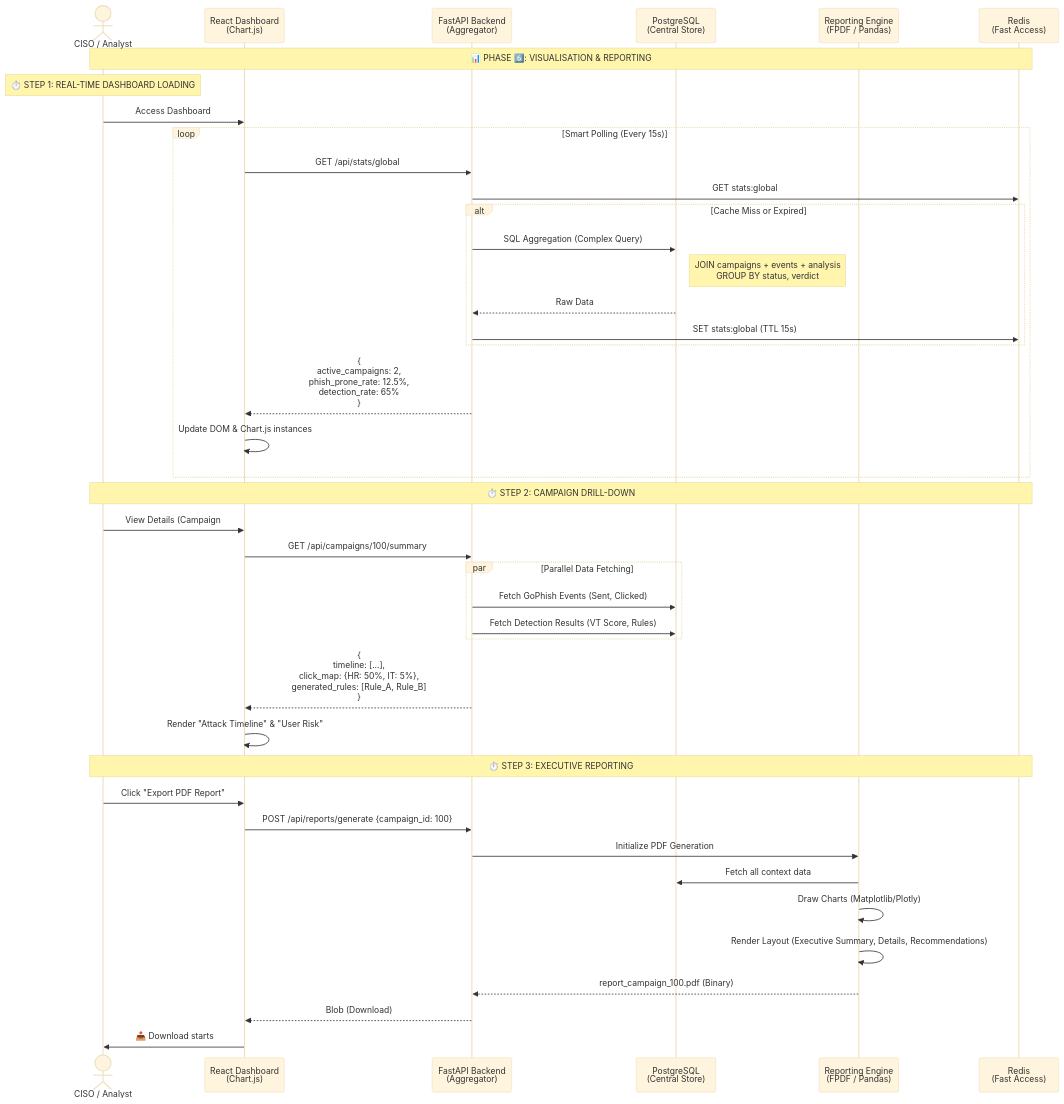
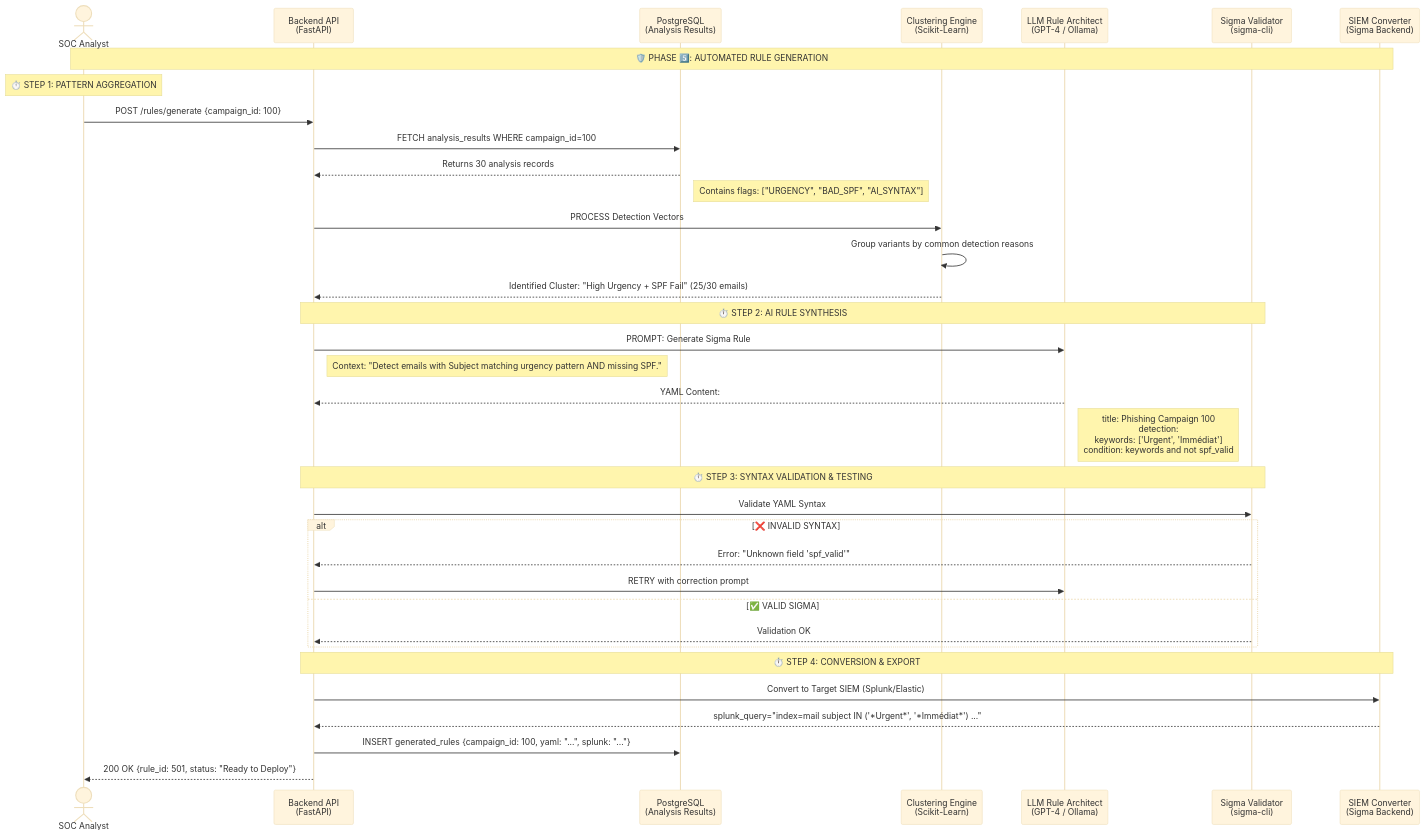
Before and after one commit to Mouad033/PhishTrek: the diagram in docs/readme/05_automated_sigma_rule_generation.md, drawn with Mermaid (base theme). The commit also changed other lines of this file and 1 other file, not shown here.

````diff
--- a/docs/readme/05_automated_sigma_rule_generation.md
+++ b/docs/readme/05_automated_sigma_rule_generation.md
@@ -7,61 +7,52 @@
 ```mermaid
 sequenceDiagram
-    actor CISO as CISO / Analyst
-    participant Frontend as React Dashboard<br/>(Chart.js)
-    participant API as FastAPI Backend<br/>(Aggregator)
-    participant DB as PostgreSQL<br/>(Central Store)
-    participant ReportEng as Reporting Engine<br/>(FPDF / Pandas)
-    participant Cache as Redis<br/>(Fast Access)
+    actor BlueTeam as SOC Analyst
+    participant API as Backend API<br/>(FastAPI)
+    participant DB as PostgreSQL<br/>(Analysis Results)
+    participant Cluster as Clustering Engine<br/>(Scikit-Learn)
+    participant LLM as LLM Rule Architect<br/>(GPT-4 / Ollama)
+    participant Validator as Sigma Validator<br/>(sigma-cli)
+    participant Converter as SIEM Converter<br/>(Sigma Backend)
 
-    Note over CISO,Cache: 📊 PHASE 6️⃣: VISUALISATION & REPORTING
+    Note over BlueTeam,Converter: 🛡️ PHASE 5️⃣: AUTOMATED RULE GENERATION
 
-    Note over CISO: ⏱️ STEP 1: REAL-TIME DASHBOARD LOADING
+    Note over BlueTeam: ⏱️ STEP 1: PATTERN AGGREGATION
 
-    CISO->>Frontend: Access Dashboard
+    BlueTeam->>API: POST /rules/generate {campaign_id: 100}
     
-    loop Smart Polling (Every 15s)
-        Frontend->>API: GET /api/stats/global
-        
-        API->>Cache: GET stats:global
-        
-        alt Cache Miss or Expired
-            API->>DB: SQL Aggregation (Complex Query)
-            Note right of DB: JOIN campaigns + events + analysis<br/>GROUP BY status, verdict
-            DB-->>API: Raw Data
-            API->>Cache: SET stats:global (TTL 15s)
-        end
-        
-        API-->>Frontend: {<br/>  active_campaigns: 2,<br/>  phish_prone_rate: 12.5%,<br/>  detection_rate: 65%<br/>}
-        
-        Frontend->>Frontend: Update DOM & Chart.js instances
+    API->>DB: FETCH analysis_results WHERE campaign_id=100
+    DB-->>API: Returns 30 analysis records
+    Note right of DB: Contains flags: ["URGENCY", "BAD_SPF", "AI_SYNTAX"]
+
+    API->>Cluster: PROCESS Detection Vectors
+    Cluster->>Cluster: Group variants by common detection reasons
+    Cluster-->>API: Identified Cluster: "High Urgency + SPF Fail" (25/30 emails)
+
+    Note over API,Validator: ⏱️ STEP 2: AI RULE SYNTHESIS
+
+    API->>LLM: PROMPT: Generate Sigma Rule
+    Note right of API: Context: "Detect emails with Subject matching urgency pattern AND missing SPF."
+    
+    LLM-->>API: YAML Content:
+    Note right of LLM: title: Phishing Campaign 100<br/>detection:<br/>  keywords: ['Urgent', 'Immédiat']<br/>  condition: keywords and not spf_valid
+
+    Note over API,Validator: ⏱️ STEP 3: SYNTAX VALIDATION & TESTING
+
+    API->>Validator: Validate YAML Syntax
+    
+    alt ❌ INVALID SYNTAX
+        Validator-->>API: Error: "Unknown field 'spf_valid'"
+        API->>LLM: RETRY with correction prompt
+    else ✅ VALID SIGMA
+        Validator-->>API: Validation OK
     end
 
-    Note over CISO,Cache: ⏱️ STEP 2: CAMPAIGN DRILL-DOWN
+    Note over API,Converter: ⏱️ STEP 4: CONVERSION & EXPORT
 
-    CISO->>Frontend: View Details (Campaign #100)
-    Frontend->>API: GET /api/campaigns/100/summary
+    API->>Converter: Convert to Target SIEM (Splunk/Elastic)
+    Converter-->>API: splunk_query="index=mail subject IN ('*Urgent*', '*Immédiat*') ..."
+
+    API->>DB: INSERT generated_rules {campaign_id: 100, yaml: "...", splunk: "..."}
     
-    par Parallel Data Fetching
-        API->>DB: Fetch GoPhish Events (Sent, Clicked)
-        API->>DB: Fetch Detection Results (VT Score, Rules)
-    end
-    
-    API-->>Frontend: {<br/>  timeline: [...],<br/>  click_map: {HR: 50%, IT: 5%},<br/>  generated_rules: [Rule_A, Rule_B]<br/>}
-
-    Frontend->>Frontend: Render "Attack Timeline" & "User Risk"
-
-    Note over CISO,Cache: ⏱️ STEP 3: EXECUTIVE REPORTING
-
-    CISO->>Frontend: Click "Export PDF Report"
-    Frontend->>API: POST /api/reports/generate {campaign_id: 100}
-    
-    API->>ReportEng: Initialize PDF Generation
-    ReportEng->>DB: Fetch all context data
-    ReportEng->>ReportEng: Draw Charts (Matplotlib/Plotly)
-    ReportEng->>ReportEng: Render Layout (Executive Summary, Details, Recommendations)
-    
-    ReportEng-->>API: report_campaign_100.pdf (Binary)
-    API-->>Frontend: Blob (Download)
-    
-    Frontend->>CISO: 📥 Download starts
+    API-->>BlueTeam: 200 OK {rule_id: 501, status: "Ready to Deploy"}
 ```
````
